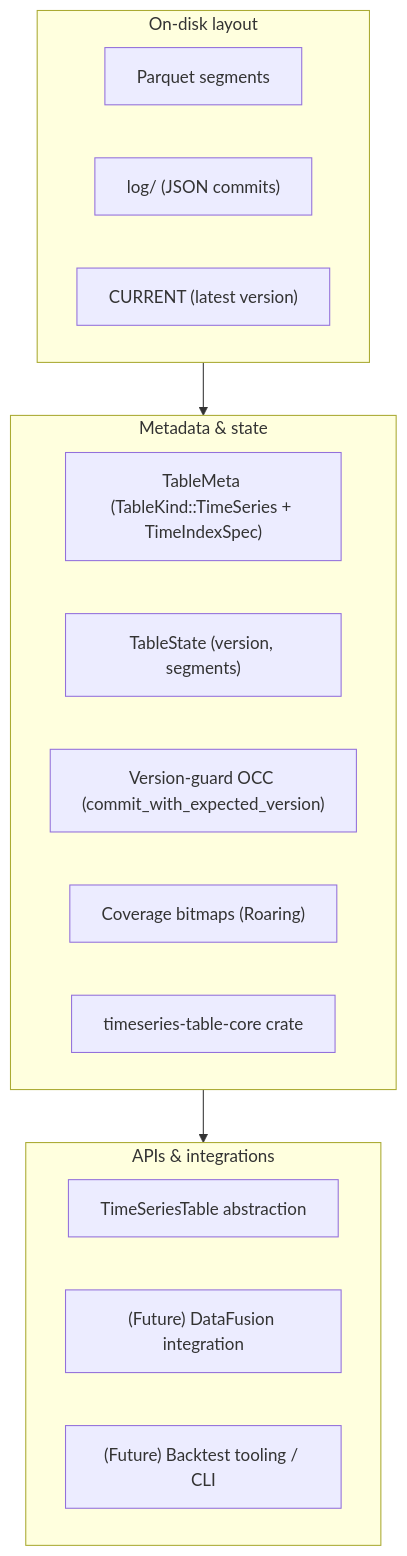
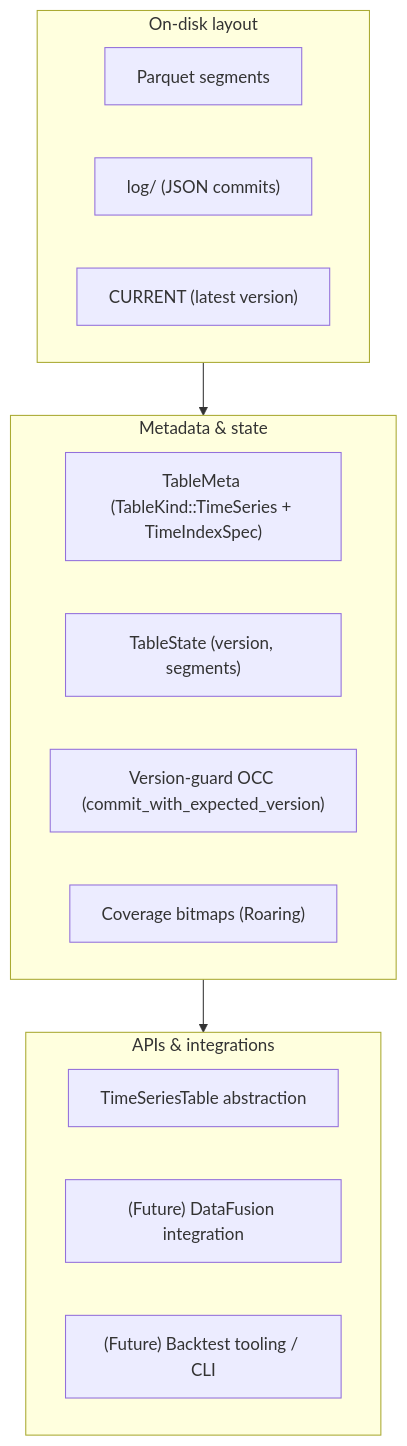
The diagram in README.md (mag1cfrog/timeseries-table-format), drawn with Mermaid before and after one commit. The commit also changed other lines of this file, not shown here.

Commit message:
Revise README.md to enhance project description and clarify core features of the timeseries-table-format

````diff
--- a/README.md
+++ b/README.md
@@ -31,25 +33,24 @@
 ```mermaid
 flowchart TD
     subgraph Disk["On-disk layout"]
         SEG["Parquet segments"]
         LOG["log/ (JSON commits)"]
         CUR["CURRENT (latest version)"]
     end
 
     subgraph Meta["Metadata & state"]
         TMETA["TableMeta (TableKind::TimeSeries + TimeIndexSpec)"]
         STATE["TableState (version, segments)"]
         OCC["Version-guard OCC (commit_with_expected_version)"]
         COV["Coverage bitmaps (Roaring)"]
-        CORE["timeseries-table-core crate"]
     end
 
     subgraph API["APIs & integrations"]
         TSTBL["TimeSeriesTable abstraction"]
         DF["(Future) DataFusion integration"]
         BT["(Future) Backtest tooling / CLI"]
     end
 
     Disk --> Meta
     Meta --> API
 ```
````
